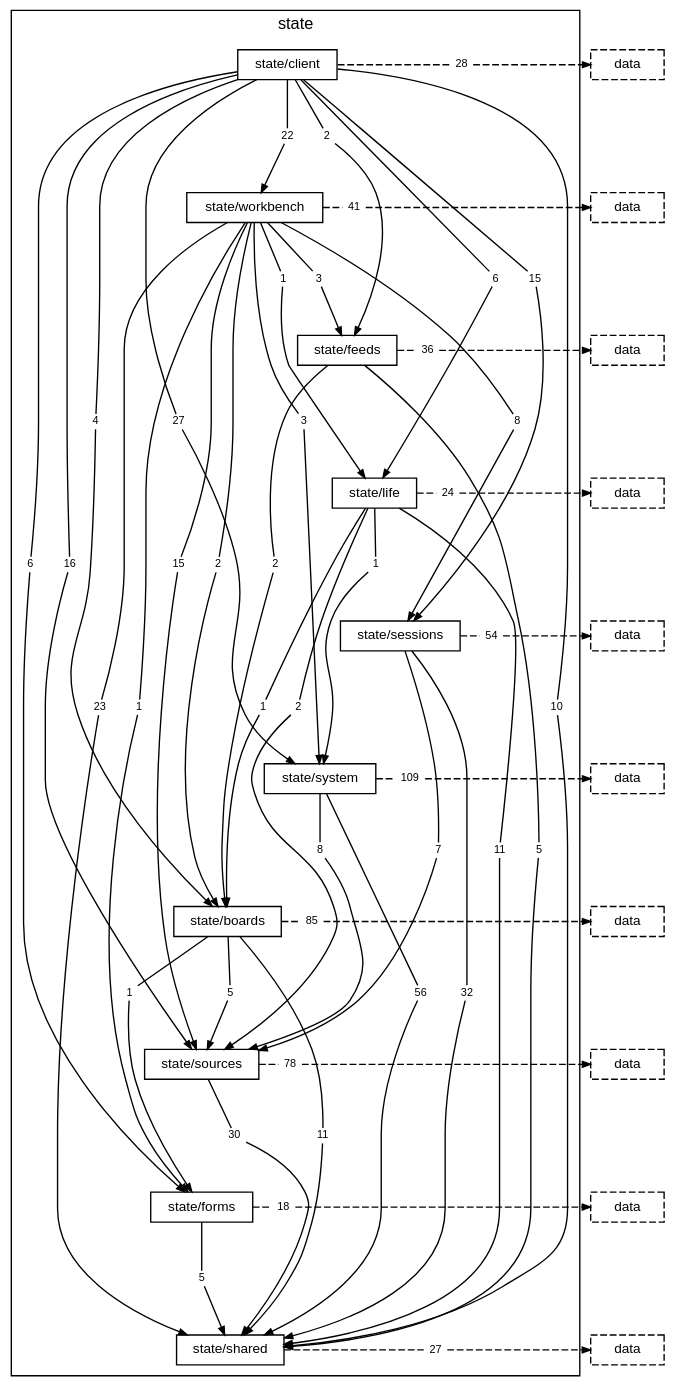
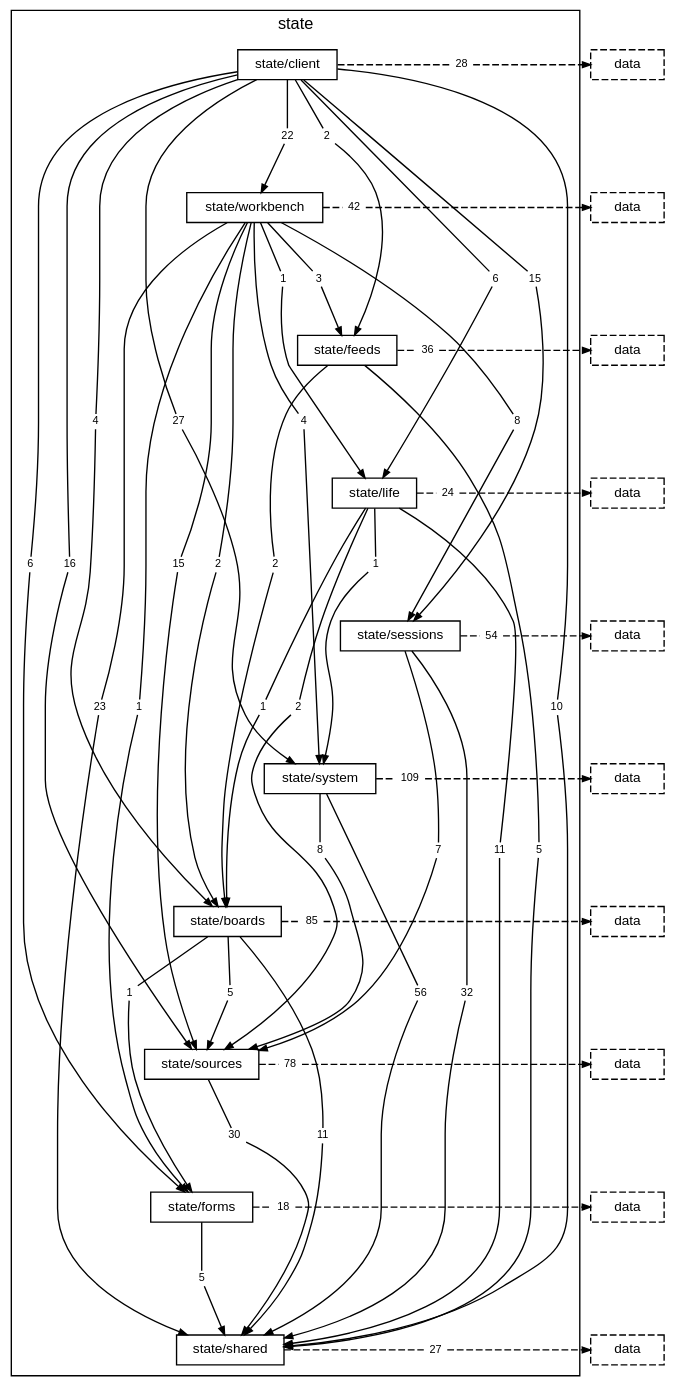
Before and after one commit to TheAxeC/oculus: the diagram in docs/diagrams/layer-state.dot, drawn with Graphviz. The commit also changed 57 other files, not shown here.

```diff
--- a/docs/diagrams/layer-state.dot
+++ b/docs/diagrams/layer-state.dot
@@ -31,8 +31,8 @@
         "folder state/workbench to folder state/sessions" [label="8", shape=box, color="transparent", fontsize=8, width=0, height=0, margin="0.04,0.02"];
         "folder state/workbench to folder state/shared" [label="23", shape=box, color="transparent", fontsize=8, width=0, height=0, margin="0.04,0.02"];
         "folder state/workbench to folder state/sources" [label="15", shape=box, color="transparent", fontsize=8, width=0, height=0, margin="0.04,0.02"];
-        "folder state/workbench to folder state/system" [label="3", shape=box, color="transparent", fontsize=8, width=0, height=0, margin="0.04,0.02"];
-        "folder state/workbench to layer data" [label="41", shape=box, color="transparent", fontsize=8, width=0, height=0, margin="0.04,0.02"];
+        "folder state/workbench to folder state/system" [label="4", shape=box, color="transparent", fontsize=8, width=0, height=0, margin="0.04,0.02"];
+        "folder state/workbench to layer data" [label="42", shape=box, color="transparent", fontsize=8, width=0, height=0, margin="0.04,0.02"];
         "folder state/feeds to folder state/boards" [label="2", shape=box, color="transparent", fontsize=8, width=0, height=0, margin="0.04,0.02"];
         "folder state/feeds to folder state/shared" [label="5", shape=box, color="transparent", fontsize=8, width=0, height=0, margin="0.04,0.02"];
         "folder state/feeds to layer data" [label="36", shape=box, color="transparent", fontsize=8, width=0, height=0, margin="0.04,0.02"];
```
